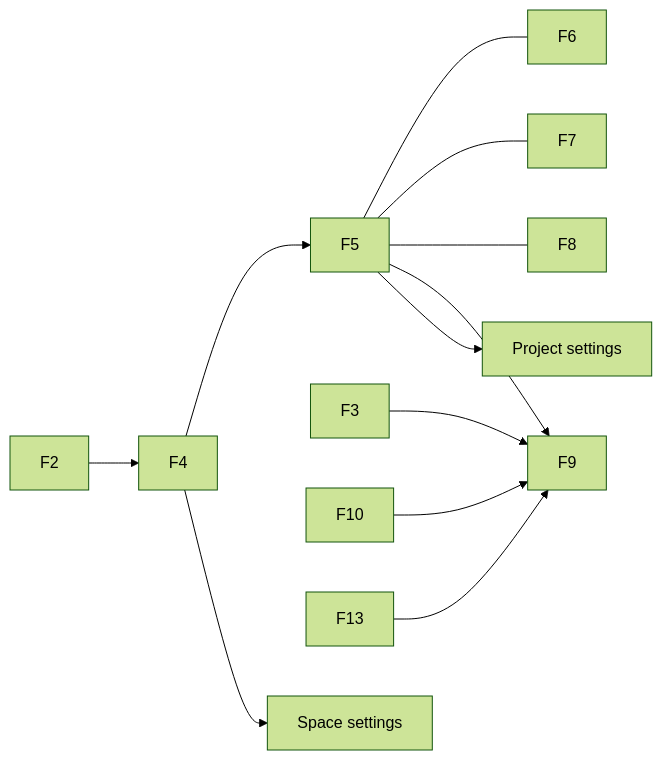
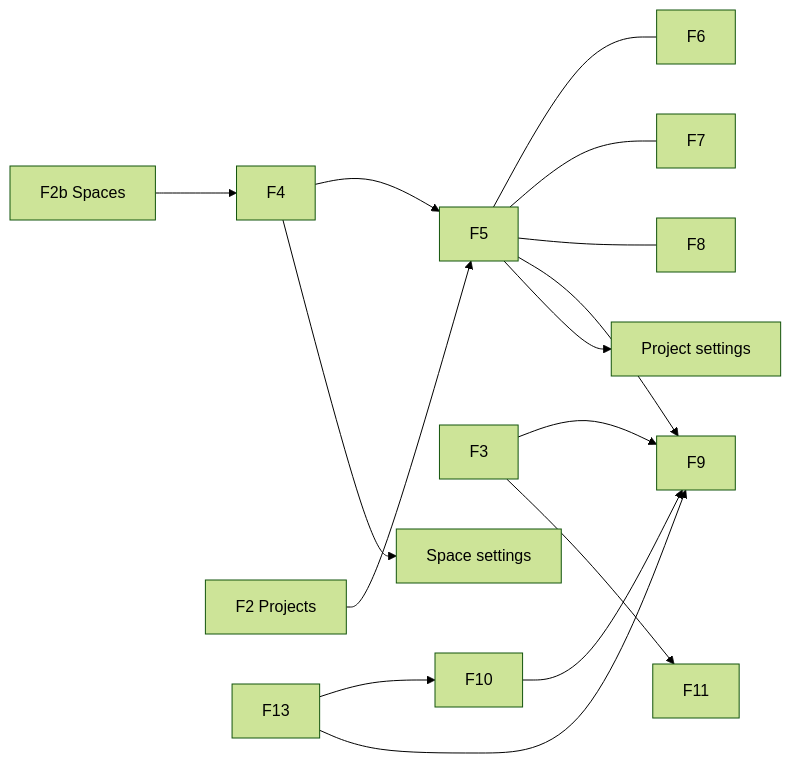
The diagram in frontend/ia/pages.md (yoosungung/sw-factory), drawn with Mermaid (forest theme) before and after one commit. The commit also changed other lines of this file and 12 other files, not shown here.

````diff
--- a/frontend/ia/pages.md
+++ b/frontend/ia/pages.md
@@ -158,13 +167,16 @@
 ```mermaid
 flowchart LR
-  F2 --> F4 --> F5
+  F2b[F2b Spaces] --> F4 --> F5
+  F2[F2 Projects] --> F5
   F5 --- F6
   F5 --- F7
   F5 --- F8
   F5 --> F9
   F3 --> F9
+  F13 --> F10
   F10 --> F9
+  F3 --> F11
   F13 --> F9
   F4 --> AdminS[Space settings]
   F5 --> AdminP[Project settings]
 ```
````
